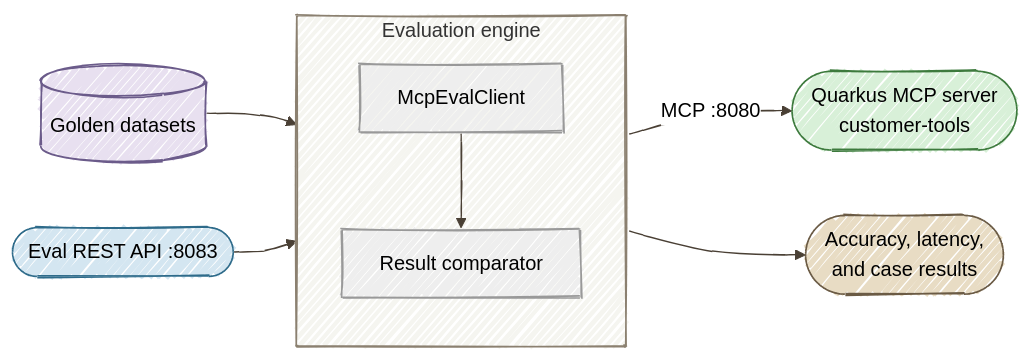
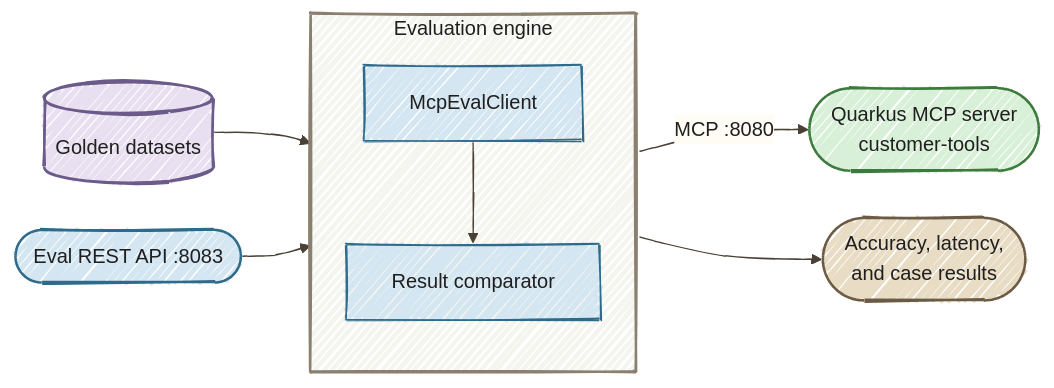
Before and after one commit to danieloh30/governed-agent-platform: the diagram in part5-evaluation/README.md, drawn with Mermaid. The commit also changed 14 other files, not shown here.

Commit message:
Improve Mermaid readability in light and dark modes

````diff
--- a/part5-evaluation/README.md
+++ b/part5-evaluation/README.md
@@ -9,20 +9,20 @@
 ```mermaid
-%%{init: {'look':'handDrawn','theme':'neutral','themeVariables': {'lineColor':'#4A4035'}}}%%
+%%{init: {"look":"handDrawn","theme":"base","themeVariables":{"darkMode":false,"background":"#FFFCF5","primaryColor":"#D4E6F1","primaryBorderColor":"#2E6B8A","primaryTextColor":"#1F1F1F","secondaryColor":"#D8F0D8","secondaryTextColor":"#1F1F1F","tertiaryColor":"#E8DCC4","tertiaryTextColor":"#1F1F1F","textColor":"#1F1F1F","lineColor":"#4A4035","edgeLabelBackground":"#FFFCF5","clusterBkg":"#F5F5F0","clusterBorder":"#6B5B45","fontSize":"16px","actorBkg":"#D4E6F1","actorBorder":"#2E6B8A","actorTextColor":"#1F1F1F","actorLineColor":"#6B5B45","signalColor":"#4A4035","signalTextColor":"#1F1F1F"},"flowchart":{"nodeSpacing":35,"rankSpacing":55,"padding":18}}}%%
 flowchart LR
     DATA[(Golden datasets)] --> RUN
     API([Eval REST API :8083]) --> RUN
     RUN -->|MCP :8080| MCP([Quarkus MCP server<br/>customer-tools])
     RUN --> REPORT([Accuracy, latency,<br/>and case results])
 
     subgraph RUN[Evaluation engine]
         CLIENT[McpEvalClient]
         COMPARE[Result comparator]
         CLIENT --> COMPARE
     end
 
-    style DATA fill:#E8E0F0,stroke:#6B5B8A
-    style API fill:#D4E6F1,stroke:#2E6B8A
-    style RUN fill:#F5F5F0,stroke:#8B8070
-    style MCP fill:#D8F0D8,stroke:#3D7A3D
-    style REPORT fill:#E8DCC4,stroke:#6B5B45
+    style DATA fill:#E8E0F0,stroke:#6B5B8A,color:#1F1F1F,stroke-width:2px
+    style API fill:#D4E6F1,stroke:#2E6B8A,color:#1F1F1F,stroke-width:2px
+    style RUN fill:#F5F5F0,stroke:#8B8070,color:#1F1F1F,stroke-width:2px
+    style MCP fill:#D8F0D8,stroke:#3D7A3D,color:#1F1F1F,stroke-width:2px
+    style REPORT fill:#E8DCC4,stroke:#6B5B45,color:#1F1F1F,stroke-width:2px
 ```
````
